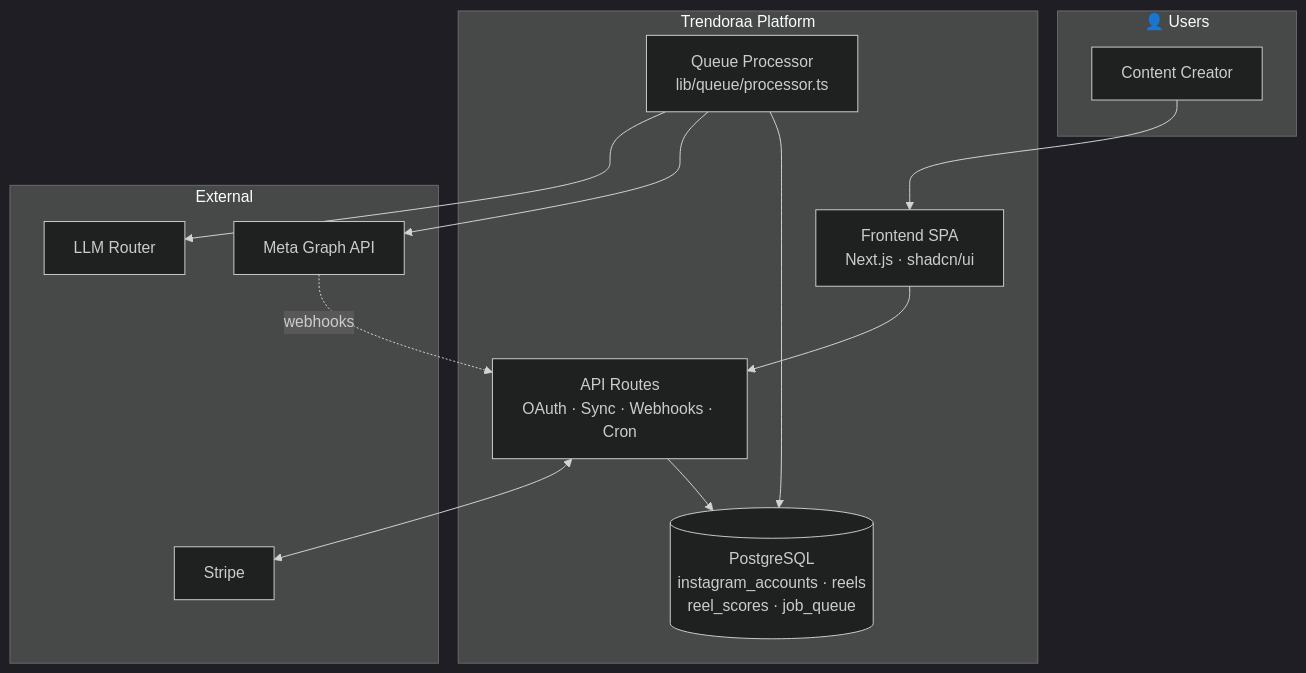
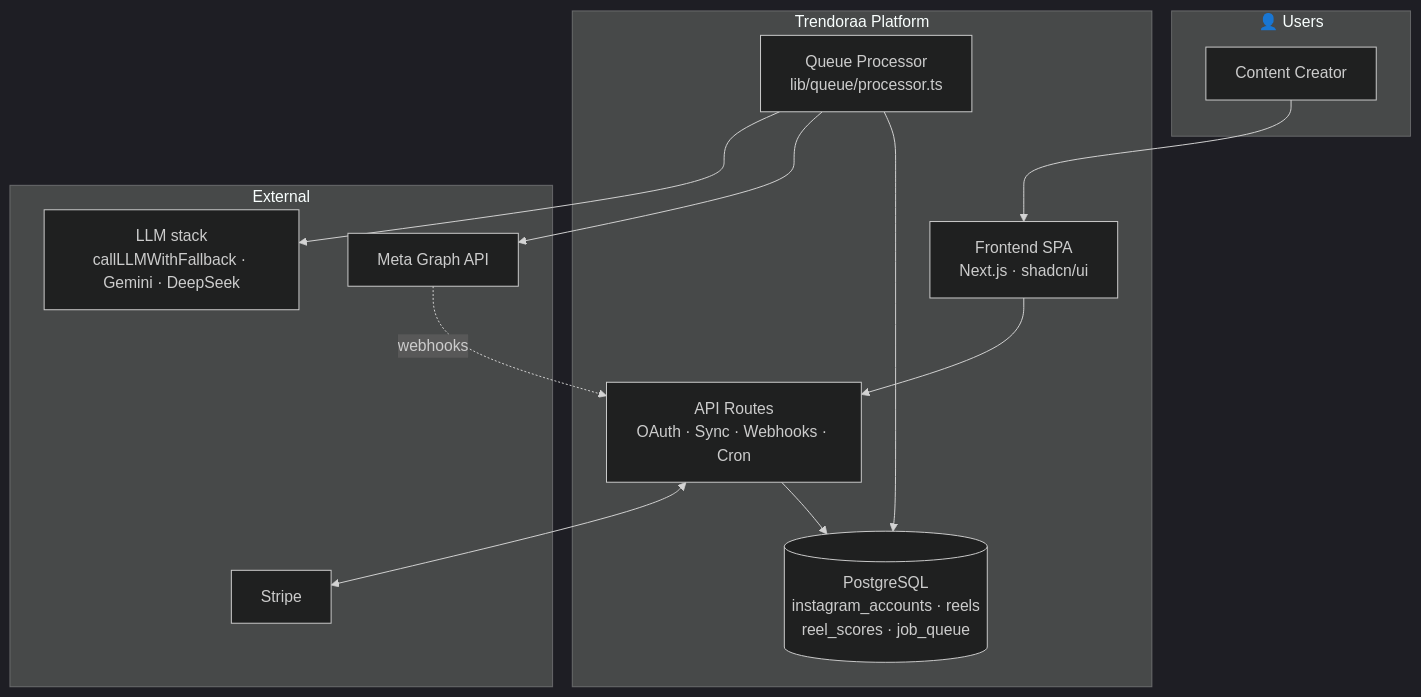
The first of 4 diagrams in docs/architecture-decision-record.md (Jainam2848/ReelMetrics), drawn with Mermaid (dark theme) before and after one commit. The commit also changed other lines of this file and 7 other files, not shown here.

First line of the commit message:
docs: align Mermaid diagrams across docs, spec, and playbook

````diff
--- a/docs/architecture-decision-record.md
+++ b/docs/architecture-decision-record.md
@@ -15,26 +15,26 @@
 ```mermaid
 flowchart TB
     subgraph People["👤 Users"]
         Creator["Content Creator"]
     end
 
     subgraph Trendoraa["Trendoraa Platform"]
         FE["Frontend SPA<br/>Next.js · shadcn/ui"]
         API["API Routes<br/>OAuth · Sync · Webhooks · Cron"]
         Worker["Queue Processor<br/>lib/queue/processor.ts"]
         DB[("PostgreSQL<br/>instagram_accounts · reels<br/>reel_scores · job_queue")]
     end
 
     subgraph External["External"]
         Meta["Meta Graph API"]
-        LLM["LLM Router"]
+        LLM["LLM stack<br/>callLLMWithFallback · Gemini · DeepSeek"]
         Stripe["Stripe"]
     end
 
     Creator --> FE --> API --> DB
     Worker --> DB
     Worker --> Meta
     Worker --> LLM
     API <--> Stripe
     Meta -.->|webhooks| API
 ```
````
